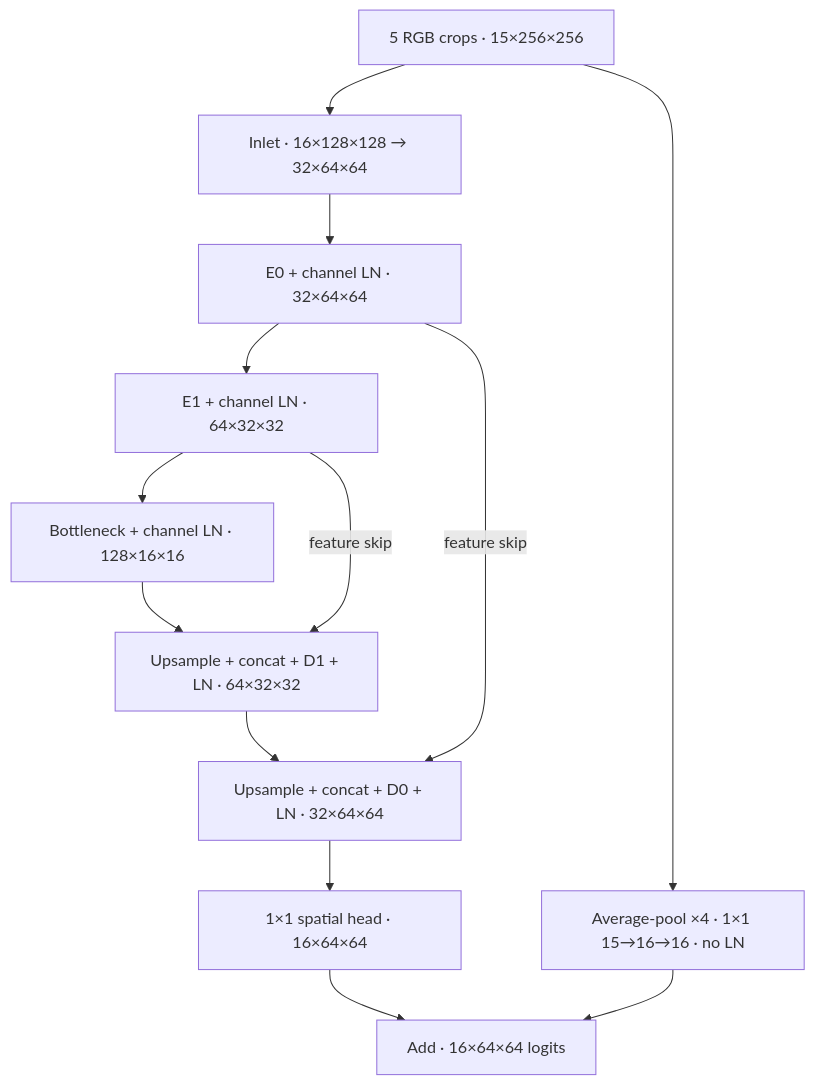
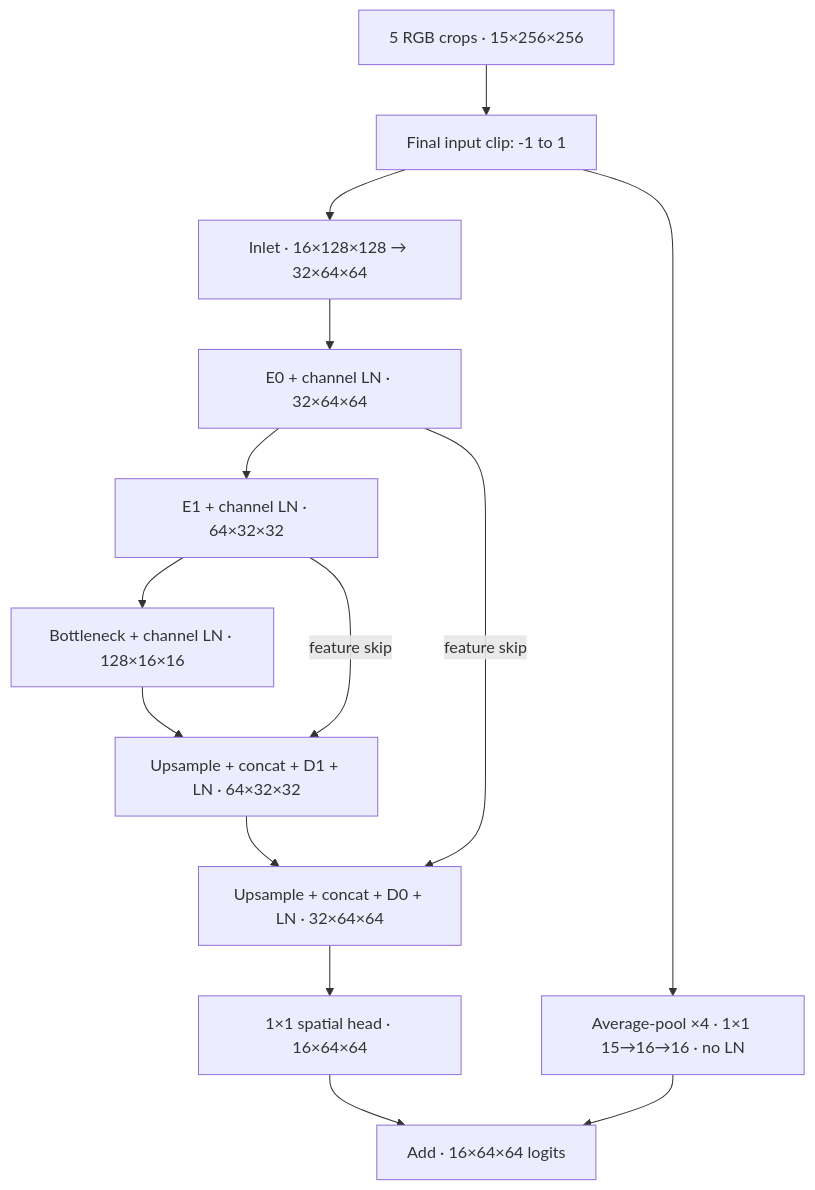
One commit to magnux/neural_cryptography changed the second of 3 diagrams in docs/OPTICAL_DECODER.md. Above: the diagram before and after it, drawn with Mermaid. The commit also changed other lines of this file and 18 other files, not shown here.

First line of the commit message:
Implement normalized compact decoder and consistent final input clipping

````diff
--- a/docs/OPTICAL_DECODER.md
+++ b/docs/OPTICAL_DECODER.md
@@ -84,15 +89,16 @@
 ```mermaid
 flowchart TD
-  I["5 RGB crops · 15×256×256"] --> S["Inlet · 16×128×128 → 32×64×64"]
+  I["5 RGB crops · 15×256×256"] --> C["Final input clip: -1 to 1"]
+  C --> S["Inlet · 16×128×128 → 32×64×64"]
   S --> E0["E0 + channel LN · 32×64×64"]
   E0 --> E1["E1 + channel LN · 64×32×32"]
   E1 --> B["Bottleneck + channel LN · 128×16×16"]
   B --> D1["Upsample + concat + D1 + LN · 64×32×32"]
   E1 -->|feature skip| D1
   D1 --> D0["Upsample + concat + D0 + LN · 32×64×64"]
   E0 -->|feature skip| D0
   D0 --> H["1×1 spatial head · 16×64×64"]
-  I --> R["Average-pool ×4 · 1×1 15→16→16 · no LN"]
+  C --> R["Average-pool ×4 · 1×1 15→16→16 · no LN"]
   H --> A["Add · 16×64×64 logits"]
   R --> A
 ```
````
